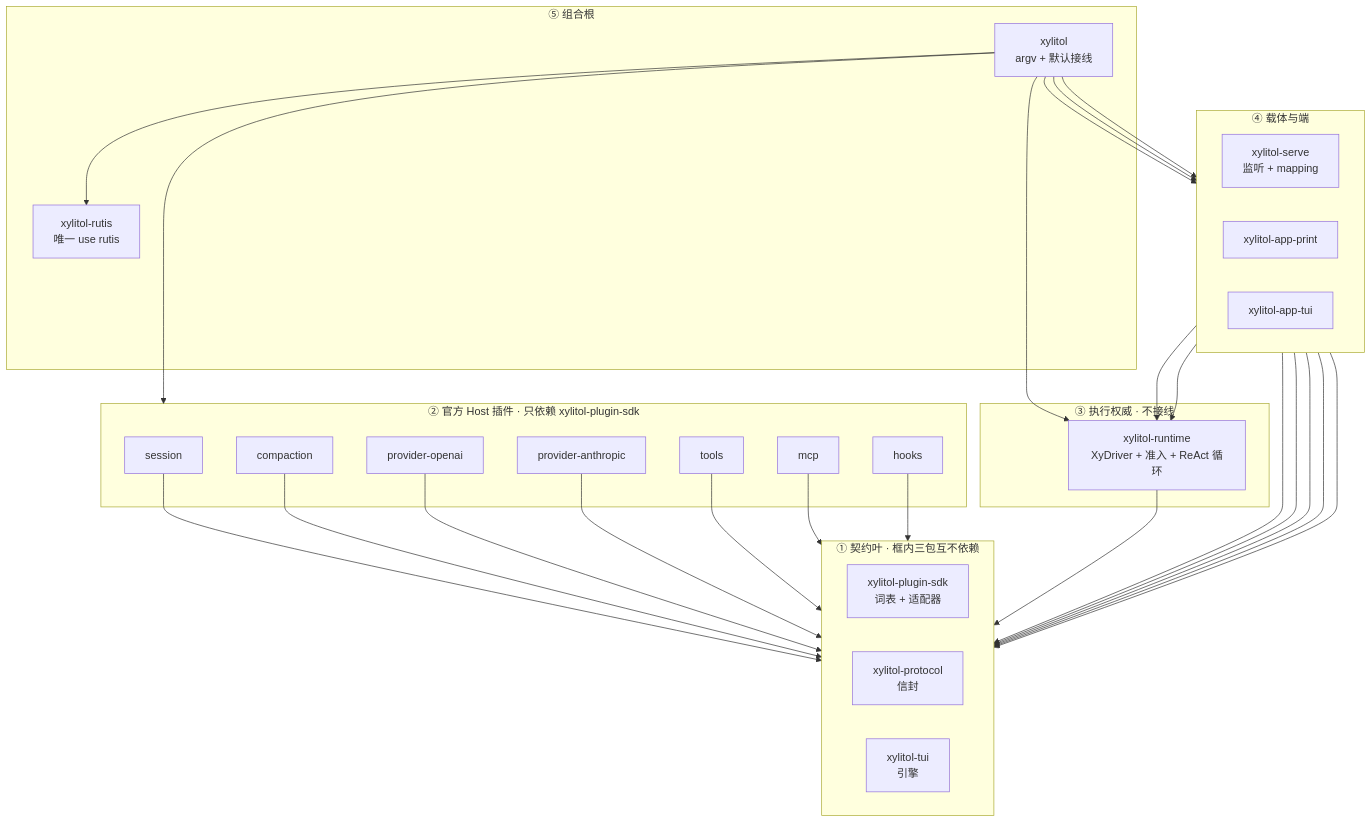
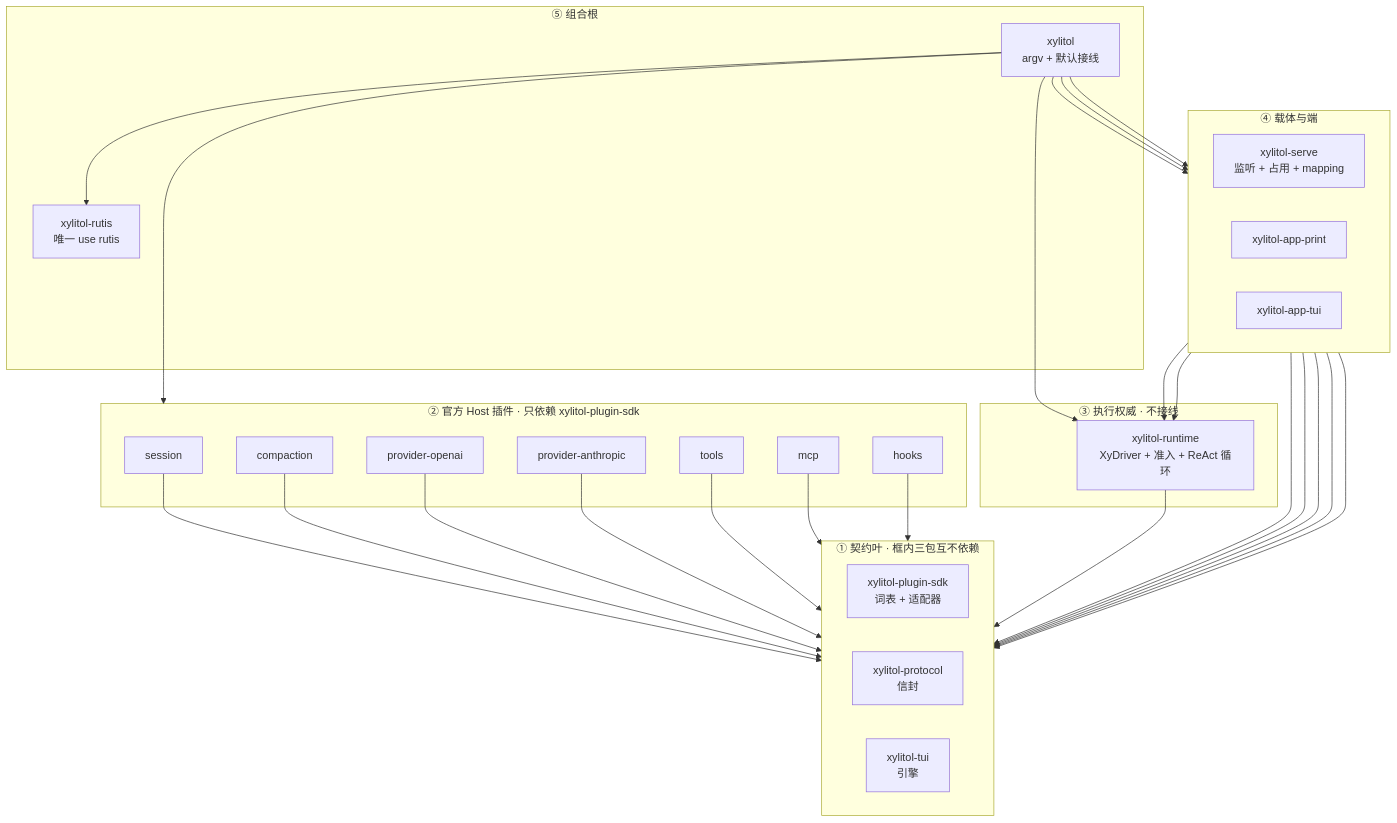
The diagram in _TODO.md (StrayDragon/xylitol), drawn with Mermaid before and after one commit. The commit also changed other lines of this file, not shown here.

````diff
--- a/_TODO.md
+++ b/_TODO.md
@@ -177,57 +197,57 @@
 ```mermaid
 flowchart TB
   subgraph contracts["① 契约叶 · 框内三包互不依赖"]
     direction LR
     xylitol_plugin_sdk["xylitol-plugin-sdk<br/>词表 + 适配器"]
     xylitol_protocol["xylitol-protocol<br/>信封"]
     xylitol_tui["xylitol-tui<br/>引擎"]
   end
 
   subgraph plugins["② 官方 Host 插件 · 只依赖 xylitol-plugin-sdk"]
     xylitol_official_plugin_session["session"]
     xylitol_official_plugin_compaction["compaction"]
     xylitol_official_plugin_provider_openai["provider-openai"]
     xylitol_official_plugin_provider_anthropic["provider-anthropic"]
     xylitol_official_plugin_tools["tools"]
     xylitol_official_plugin_mcp["mcp"]
     xylitol_official_plugin_hooks["hooks"]
   end
 
   subgraph kernel["③ 执行权威 · 不接线"]
     xylitol_runtime["xylitol-runtime<br/>XyDriver + 准入 + ReAct 循环"]
   end
 
   subgraph surfaces["④ 载体与端"]
     direction LR
-    xylitol_serve["xylitol-serve<br/>监听 + mapping"]
+    xylitol_serve["xylitol-serve<br/>监听 + 占用 + mapping"]
     xylitol_app_print["xylitol-app-print"]
     xylitol_app_tui["xylitol-app-tui"]
   end
 
   subgraph root["⑤ 组合根"]
     xylitol["xylitol<br/>argv + 默认接线"]
     xylitol_rutis["xylitol-rutis<br/>唯一 use rutis"]
   end
 
   xylitol_official_plugin_session --> xylitol_plugin_sdk
   xylitol_official_plugin_compaction --> xylitol_plugin_sdk
   xylitol_official_plugin_provider_openai --> xylitol_plugin_sdk
   xylitol_official_plugin_provider_anthropic --> xylitol_plugin_sdk
   xylitol_official_plugin_tools --> xylitol_plugin_sdk
   xylitol_official_plugin_mcp --> xylitol_plugin_sdk
   xylitol_official_plugin_hooks --> xylitol_plugin_sdk
   xylitol_runtime --> xylitol_plugin_sdk
   xylitol_serve --> xylitol_runtime
   xylitol_serve --> xylitol_protocol
   xylitol_serve --> xylitol_plugin_sdk
   xylitol_app_print --> xylitol_runtime
   xylitol_app_tui --> xylitol_protocol
   xylitol_app_tui --> xylitol_tui
   xylitol_app_tui --> xylitol_plugin_sdk
   xylitol --> plugins
   xylitol --> xylitol_runtime
   xylitol --> xylitol_serve
   xylitol --> xylitol_app_print
   xylitol --> xylitol_app_tui
   xylitol --> xylitol_rutis
 ```
````
